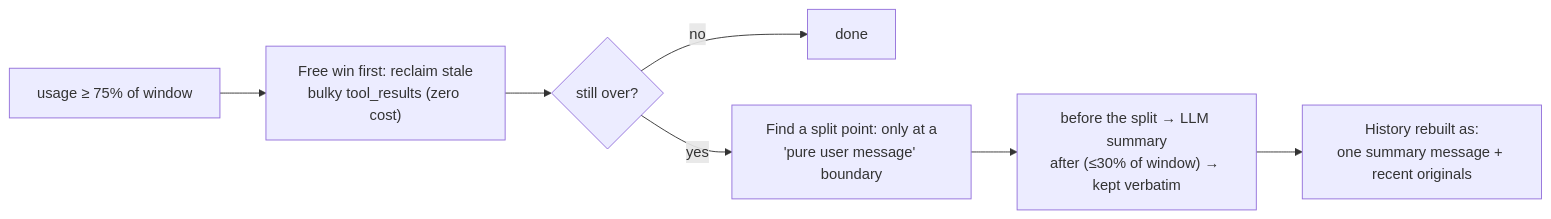
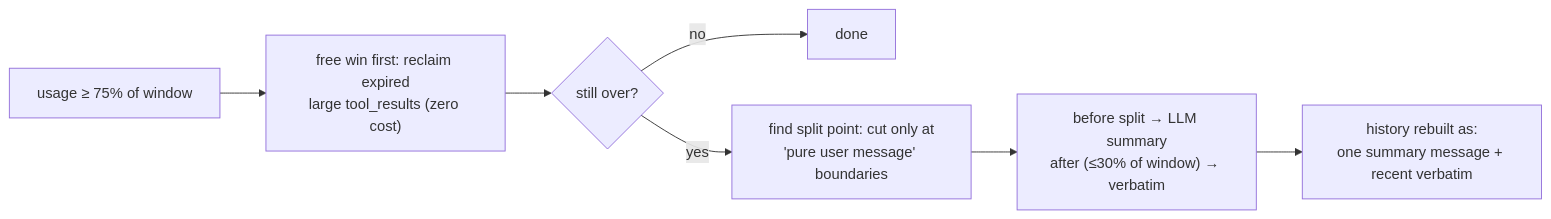
Before and after one commit to qwer233qq/octo-agent: the third of 5 diagrams in blog/src/content/posts/en/architecture-deep-dive.md, drawn with Mermaid. The commit also changed other lines of this file and 1 other file, not shown here.

````diff
--- a/blog/src/content/posts/en/architecture-deep-dive.md
+++ b/blog/src/content/posts/en/architecture-deep-dive.md
@@ -154,9 +158,9 @@
 ```mermaid
 flowchart LR
-    A["usage ≥ 75% of window"] --> B["Free win first: reclaim stale<br/>bulky tool_results (zero cost)"]
+    A["usage ≥ 75% of window"] --> B["free win first: reclaim expired<br/>large tool_results (zero cost)"]
     B --> C{"still over?"}
     C -->|no| Z["done"]
-    C -->|yes| D["Find a split point: only at a<br/>'pure user message' boundary"]
-    D --> E["before the split → LLM summary<br/>after (≤30% of window) → kept verbatim"]
-    E --> F["History rebuilt as:<br/>one summary message + recent originals"]
+    C -->|yes| D["find split point: cut only at<br/>'pure user message' boundaries"]
+    D --> E["before split → LLM summary<br/>after (≤30% of window) → verbatim"]
+    E --> F["history rebuilt as:<br/>one summary message + recent verbatim"]
 ```
````
